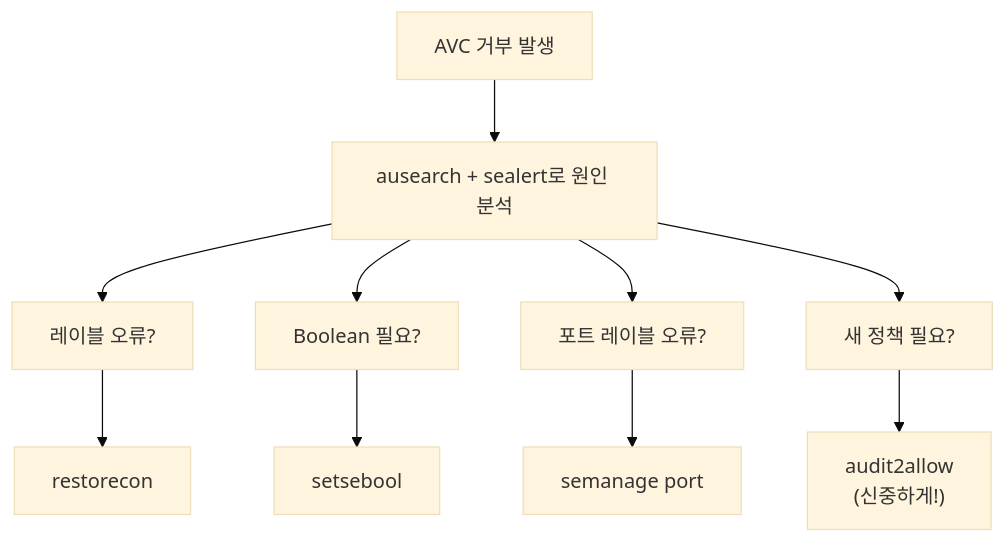
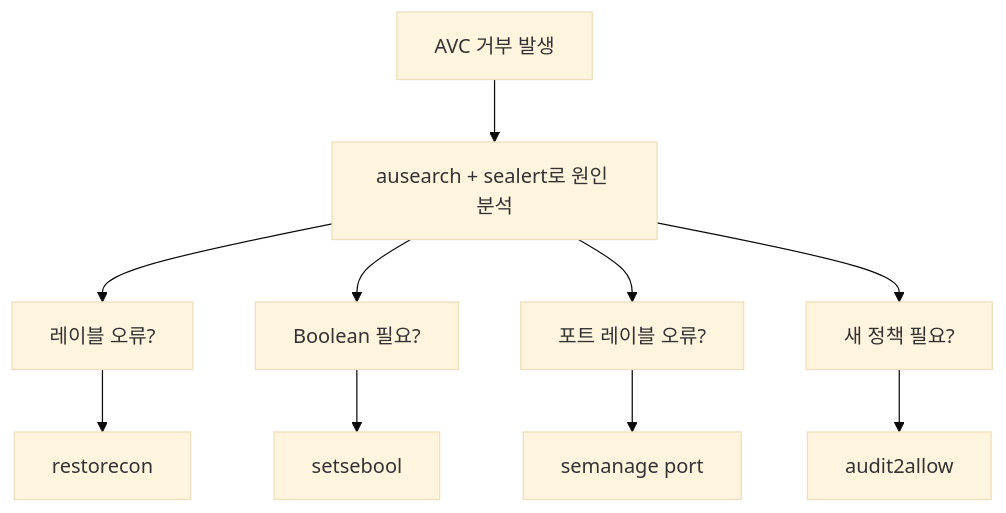
Before and after one commit to moonblueblue/devops-wiki: the second of 2 diagrams in content/linux/linux-security/selinux.md, drawn with Mermaid (base theme). The commit also changed other lines of this file and 37 other files, not shown here.

First line of the commit message:
style: linux 카테고리 ASCII 도표·Mermaid 라벨 형식 교정

````diff
--- a/content/linux/linux-security/selinux.md
+++ b/content/linux/linux-security/selinux.md
@@ -167,15 +174,15 @@
 ```mermaid
 graph TD
     A["AVC 거부 발생"]
     A --> B["ausearch + sealert로 원인 분석"]
 
     B --> C["레이블 오류?"]
     B --> D["Boolean 필요?"]
     B --> E["포트 레이블 오류?"]
     B --> F["새 정책 필요?"]
 
     C --> C1["restorecon"]
     D --> D1["setsebool"]
     E --> E1["semanage port"]
-    F --> F1["audit2allow<br/>(신중하게!)"]
+    F --> F1["audit2allow"]
 ```
````
